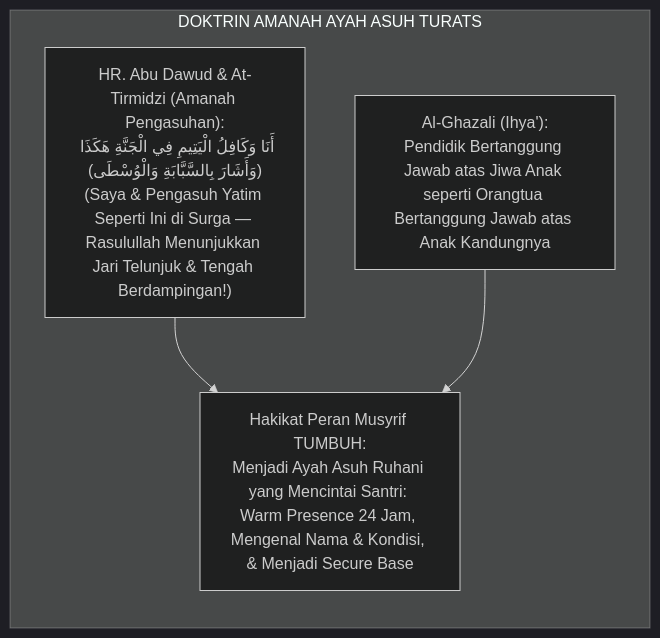
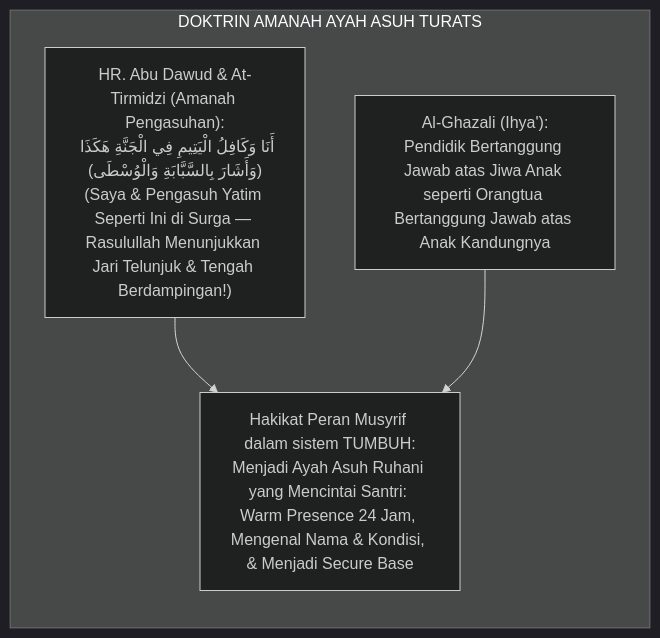
The first of 4 diagrams in 07 Implementation Framework/03 Roles and Responsibilities/P7-03-02-Deskripsi-Peran-Musyrif-Asrama-dan-Rasio-1-15-20.md (wandiapriliyandi/tumbuh), drawn with Mermaid (dark theme) before and after one commit. The commit also changed other lines of this file and 605 other files, not shown here.

Commit message:
refactor: standarisasi penyebutan TUMBUH sebagai sistem pembinaan pesantren di seluruh naskah

````diff
--- a/07 Implementation Framework/03 Roles and Responsibilities/P7-03-02-Deskripsi-Peran-Musyrif-Asrama-dan-Rasio-1-15-20.md
+++ b/07 Implementation Framework/03 Roles and Responsibilities/P7-03-02-Deskripsi-Peran-Musyrif-Asrama-dan-Rasio-1-15-20.md
@@ -40,7 +40,7 @@
 ```mermaid
 flowchart LR
     subgraph TuratsWaliyyulMauAman["DOKTRIN AMANAH AYAH ASUH TURATS"]
-        HaditsAmanahYatama["HR. Abu Dawud & At-Tirmidzi (Amanah Pengasuhan):<br/>أَنَا وَكَافِلُ الْيَتِيمِ فِي الْجَنَّةِ هَكَذَا (وَأَشَارَ بِالسَّبَّابَةِ وَالْوُسْطَى)<br/>(Saya & Pengasuh Yatim Seperti Ini di Surga — Rasulullah Menunjukkan Jari Telunjuk & Tengah Berdampingan!)"] --> Inti["Hakikat Peran Musyrif TUMBUH:<br/>Menjadi Ayah Asuh Ruhani yang Mencintai Santri: Warm Presence 24 Jam, Mengenal Nama & Kondisi, & Menjadi Secure Base"]
+        HaditsAmanahYatama["HR. Abu Dawud & At-Tirmidzi (Amanah Pengasuhan):<br/>أَنَا وَكَافِلُ الْيَتِيمِ فِي الْجَنَّةِ هَكَذَا (وَأَشَارَ بِالسَّبَّابَةِ وَالْوُسْطَى)<br/>(Saya & Pengasuh Yatim Seperti Ini di Surga — Rasulullah Menunjukkan Jari Telunjuk & Tengah Berdampingan!)"] --> Inti["Hakikat Peran Musyrif dalam sistem TUMBUH:<br/>Menjadi Ayah Asuh Ruhani yang Mencintai Santri: Warm Presence 24 Jam, Mengenal Nama & Kondisi, & Menjadi Secure Base"]
         GhazaliRiayatulWalad["Al-Ghazali (Ihya'):<br/>Pendidik Bertanggung Jawab atas Jiwa Anak seperti Orangtua Bertanggung Jawab atas Anak Kandungnya"] --> Inti
     end
 ```
````
